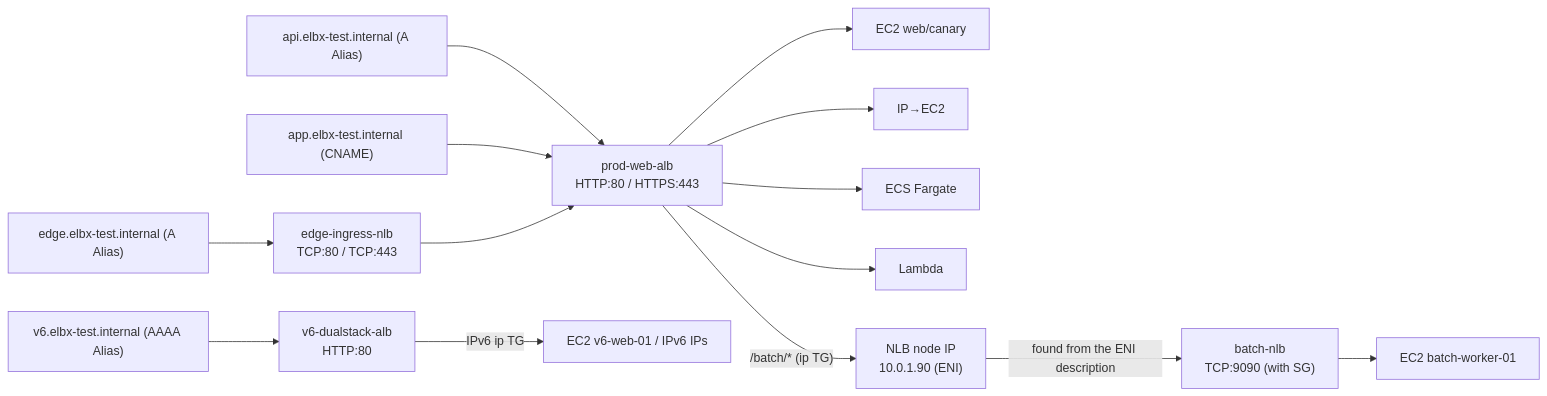
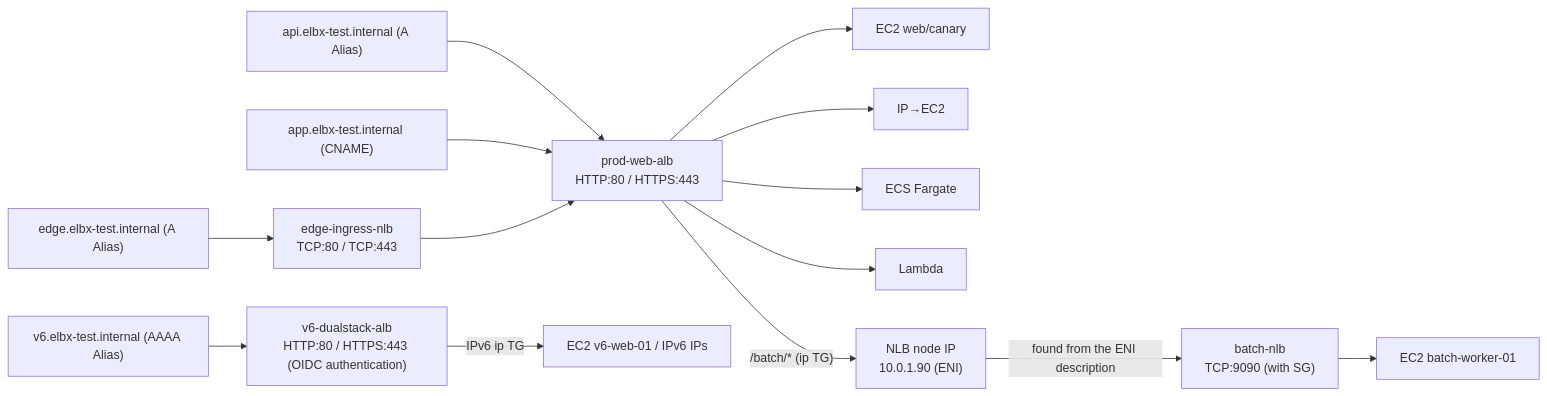
One commit to gyuro-dev/elbx changed the second of 2 diagrams in README.md. Above: the diagram before and after it, drawn with Mermaid. The commit also changed other lines of this file and 136 other files, not shown here.

First line of the commit message:
elbx: fixes from an external review; IPv6 and authentication are tested on real AWS (#4)

````diff
--- a/README.md
+++ b/README.md
@@ -978,16 +986,16 @@
 ```mermaid
 flowchart LR
     R1["api.elbx-test.internal (A Alias)"] --> ALB
     R2["app.elbx-test.internal (CNAME)"] --> ALB
     R3["edge.elbx-test.internal (A Alias)"] --> NLB1
     NLB1["edge-ingress-nlb<br/>TCP:80 / TCP:443"] --> ALB
     ALB["prod-web-alb<br/>HTTP:80 / HTTPS:443"] --> EC2["EC2 web/canary"]
     ALB --> IP["IP→EC2"]
     ALB --> ECS["ECS Fargate"]
     ALB --> L["Lambda"]
     ALB -->|"/batch/* (ip TG)"| ENI["NLB node IP<br/>10.0.1.90 (ENI)"]
     ENI -->|"found from the ENI description"| NLB2["batch-nlb<br/>TCP:9090 (with SG)"]
     NLB2 --> B["EC2 batch-worker-01"]
-    R4["v6.elbx-test.internal (AAAA Alias)"] --> ALB6["v6-dualstack-alb<br/>HTTP:80"]
+    R4["v6.elbx-test.internal (AAAA Alias)"] --> ALB6["v6-dualstack-alb<br/>HTTP:80 / HTTPS:443 (OIDC authentication)"]
     ALB6 -->|"IPv6 ip TG"| V6["EC2 v6-web-01 / IPv6 IPs"]
 ```
````
